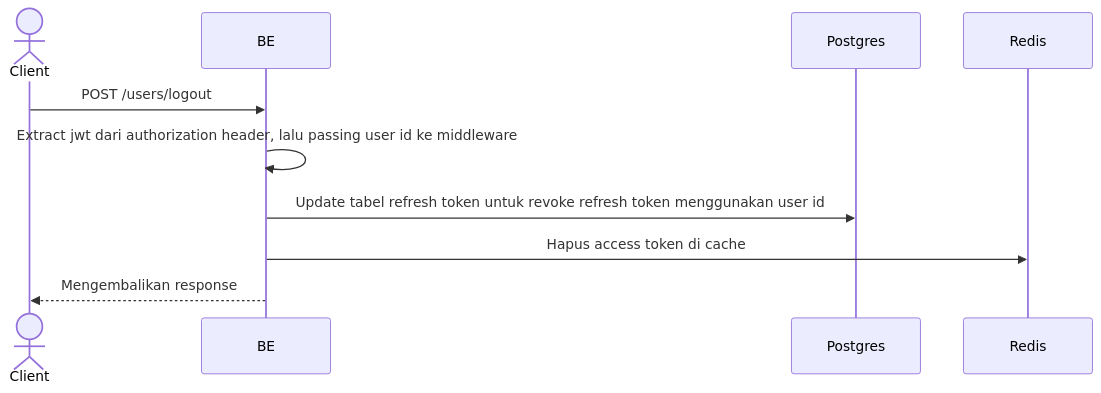
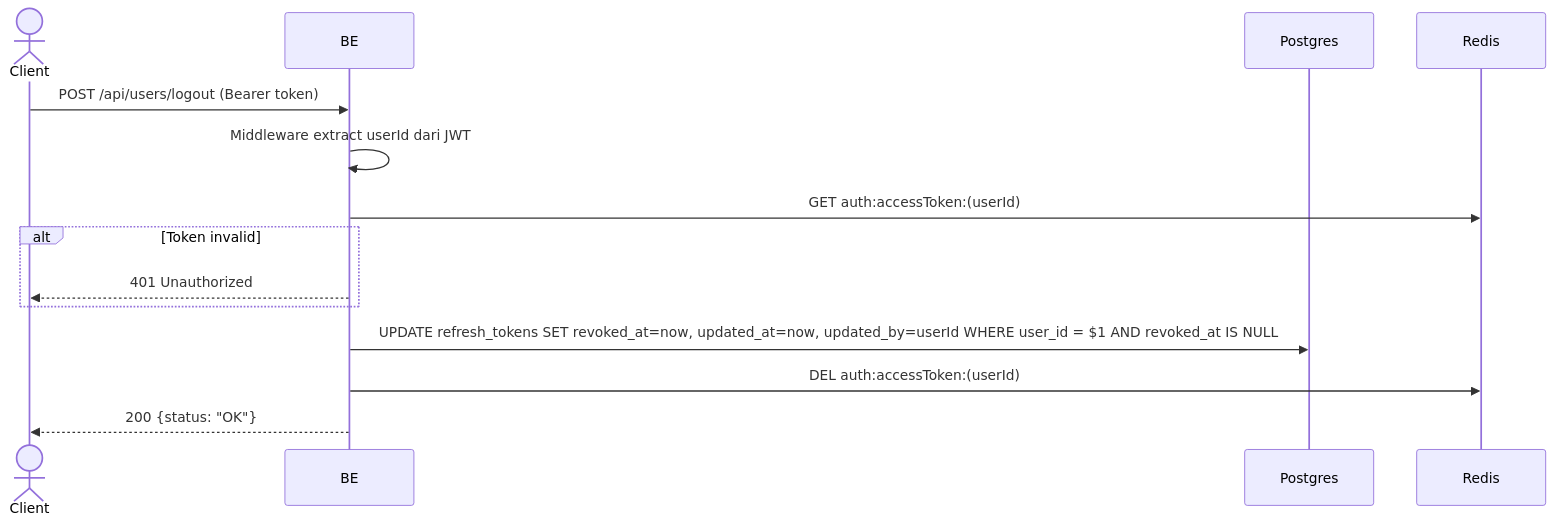
Before and after one commit to ferdian3456/virdanproject: the diagram in docs/flows/id/logout.md, drawn with Mermaid. The commit also changed other lines of this file and 107 other files, not shown here.

First line of the commit message:
VIR-93: Migrasi docs flow ke docs/flows/{id,en} + swagger multi-target Makefile (id/en) (#25)

````diff
--- a/docs/flows/id/logout.md
+++ b/docs/flows/id/logout.md
@@ -13,13 +13,17 @@
 ```mermaid
 sequenceDiagram
     actor Client
     participant BE
     participant Postgres
     participant Redis
 
-    Client->>BE: POST /users/logout
-    BE->>BE: Extract jwt dari authorization header, lalu passing user id ke middleware
-    BE->>Postgres: Update tabel refresh token untuk revoke refresh token menggunakan user id
-    BE->>Redis: Hapus access token di cache
-    BE-->>Client: Mengembalikan response
+    Client->>BE: POST /api/users/logout (Bearer token)
+    BE->>BE: Middleware extract userId dari JWT
+    BE->>Redis: GET auth:accessToken:(userId)
+    alt Token invalid
+        BE-->>Client: 401 Unauthorized
+    end
+    BE->>Postgres: UPDATE refresh_tokens SET revoked_at=now, updated_at=now, updated_by=userId WHERE user_id = $1 AND revoked_at IS NULL
+    BE->>Redis: DEL auth:accessToken:(userId)
+    BE-->>Client: 200 {status: "OK"}
 ```
````
